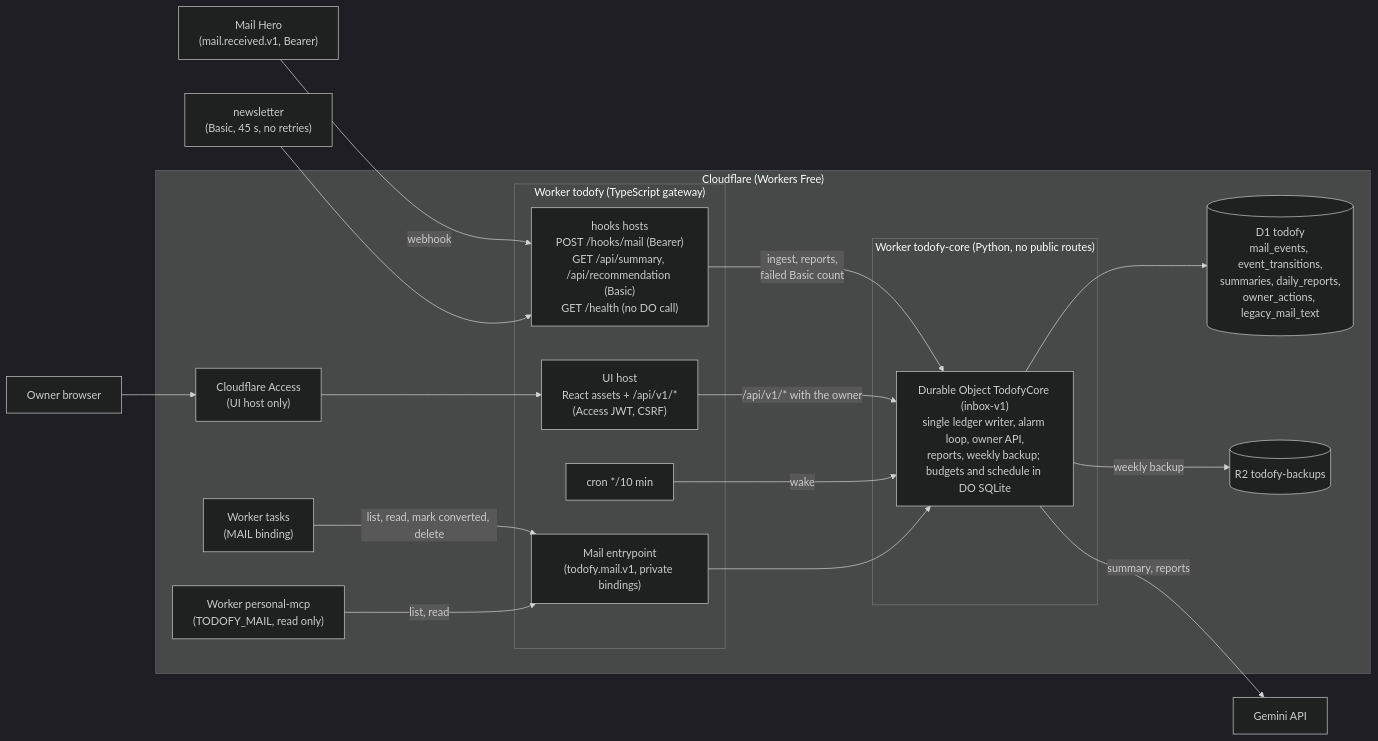
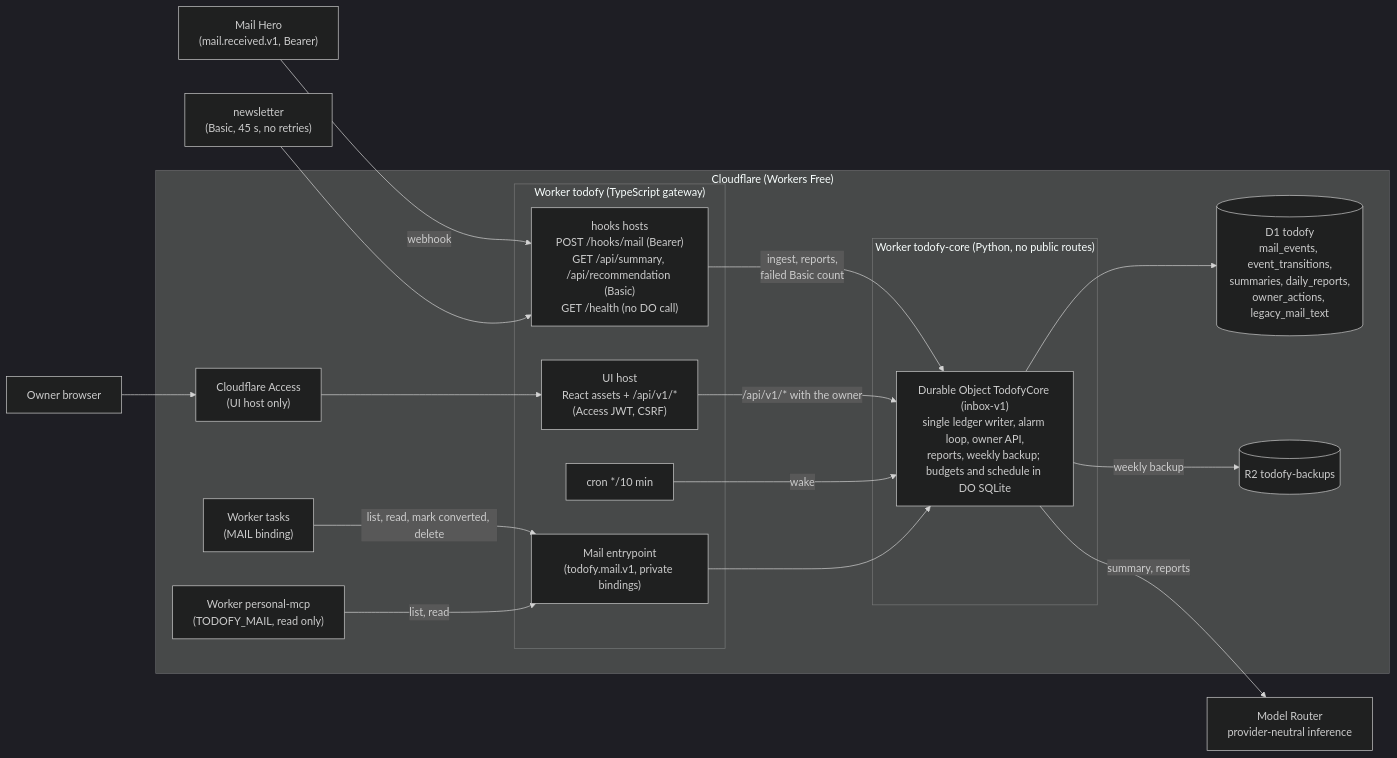
Before and after one commit to ziyixi/todofy: the first of 2 diagrams in todofy/architecture-diagram.md, drawn with Mermaid (dark theme). The commit also changed other lines of this file and 351 other files, not shown here.

````diff
--- a/todofy/architecture-diagram.md
+++ b/todofy/architecture-diagram.md
@@ -12,37 +12,37 @@
 ```mermaid
 flowchart LR
     MH["Mail Hero<br/>(mail.received.v1, Bearer)"]
     NL["newsletter<br/>(Basic, 45 s, no retries)"]
     Owner["Owner browser"]
 
     subgraph CF["Cloudflare (Workers Free)"]
         Access["Cloudflare Access<br/>(UI host only)"]
         subgraph W["Worker todofy (TypeScript gateway)"]
             Hooks["hooks hosts<br/>POST /hooks/mail (Bearer)<br/>GET /api/summary, /api/recommendation (Basic)<br/>GET /health (no DO call)"]
             OwnerAPI["UI host<br/>React assets + /api/v1/*<br/>(Access JWT, CSRF)"]
             Cron["cron */10 min"]
             Mail["Mail entrypoint<br/>(todofy.mail.v1, private bindings)"]
         end
         subgraph C["Worker todofy-core (Python, no public routes)"]
             DO["Durable Object TodofyCore (inbox-v1)<br/>single ledger writer, alarm loop, owner API,<br/>reports, weekly backup; budgets and schedule in DO SQLite"]
         end
         D1[("D1 todofy<br/>mail_events, event_transitions,<br/>summaries, daily_reports,<br/>owner_actions, legacy_mail_text")]
         R2[("R2 todofy-backups")]
         Tasks["Worker tasks<br/>(MAIL binding)"]
         MCP["Worker personal-mcp<br/>(TODOFY_MAIL, read only)"]
     end
 
-    Gemini["Gemini API"]
+    Router["Model Router<br/>provider-neutral inference"]
 
     MH -->|webhook| Hooks
     NL --> Hooks
     Owner --> Access --> OwnerAPI
     Hooks -->|ingest, reports,<br/>failed Basic count| DO
     OwnerAPI -->|/api/v1/* with the owner| DO
     Cron -->|wake| DO
     Tasks -->|list, read, mark converted, delete| Mail --> DO
     MCP -->|list, read| Mail
     DO --> D1
     DO -->|weekly backup| R2
-    DO -->|summary, reports| Gemini
+    DO -->|summary, reports| Router
 ```
````
